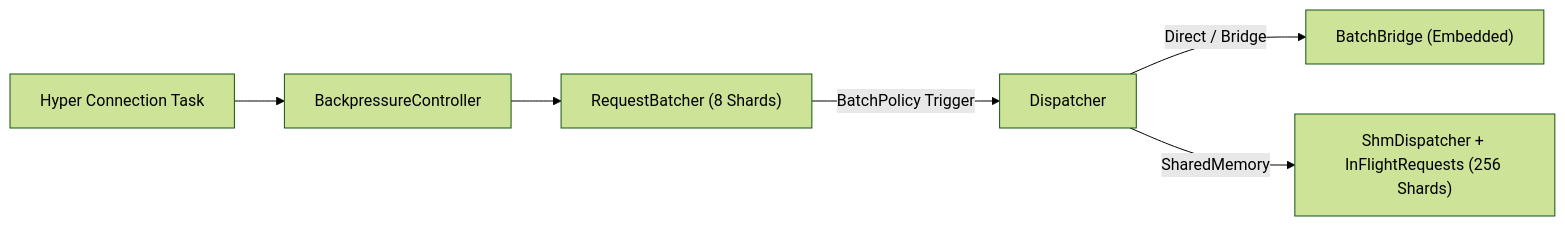
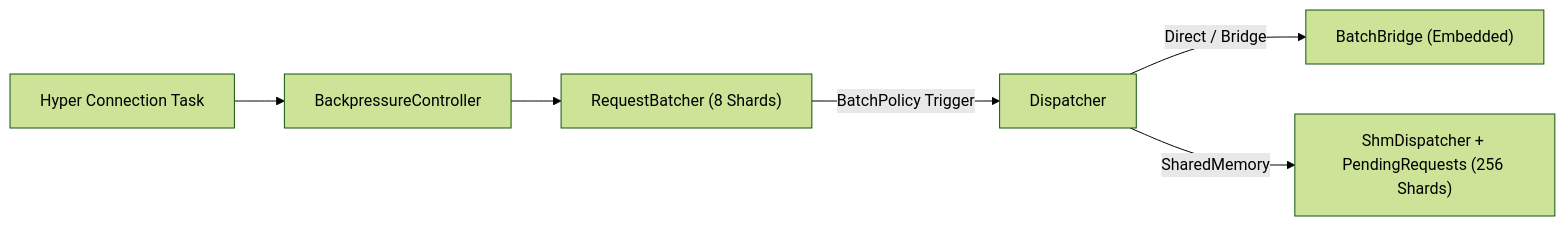
The diagram in .agents/bundles/knowledge/architecture/http/batching-dispatch-and-backpressure.md (cofin/vertebra), drawn with Mermaid (forest theme) before and after one commit. The commit also changed other lines of this file and 48 other files, not shown here.

````diff
--- a/.agents/bundles/knowledge/architecture/http/batching-dispatch-and-backpressure.md
+++ b/.agents/bundles/knowledge/architecture/http/batching-dispatch-and-backpressure.md
@@ -22,8 +24,8 @@
 ```mermaid
 flowchart LR
     Conn["Hyper Connection Task"] --> BP["BackpressureController"]
     BP --> Batcher["RequestBatcher (8 Shards)"]
     Batcher -->|"BatchPolicy Trigger"| Disp["Dispatcher"]
     Disp -->|"Direct / Bridge"| PyBridge["BatchBridge (Embedded)"]
-    Disp -->|"SharedMemory"| ShmDisp["ShmDispatcher + InFlightRequests (256 Shards)"]
+    Disp -->|"SharedMemory"| ShmDisp["ShmDispatcher + PendingRequests (256 Shards)"]
 ```
````
